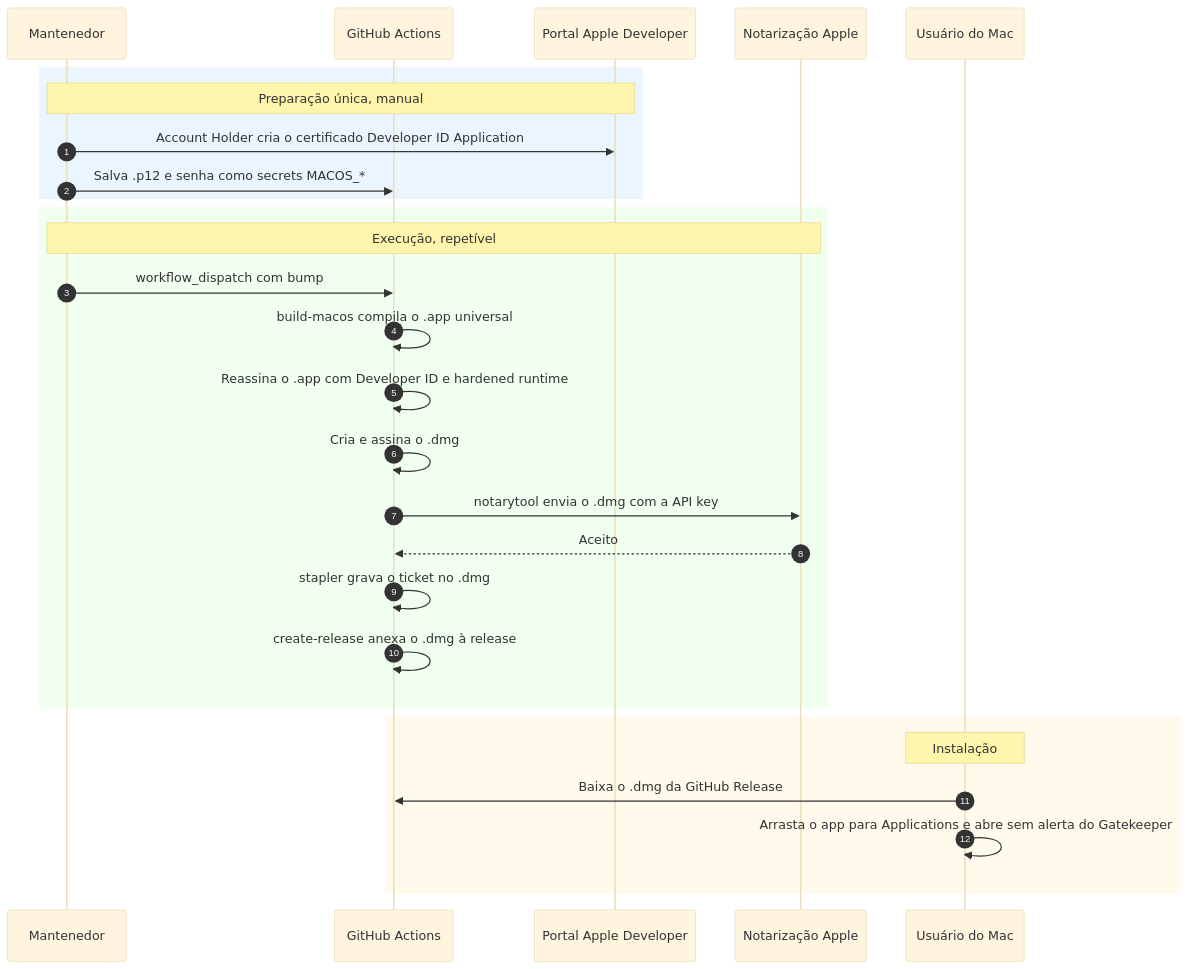
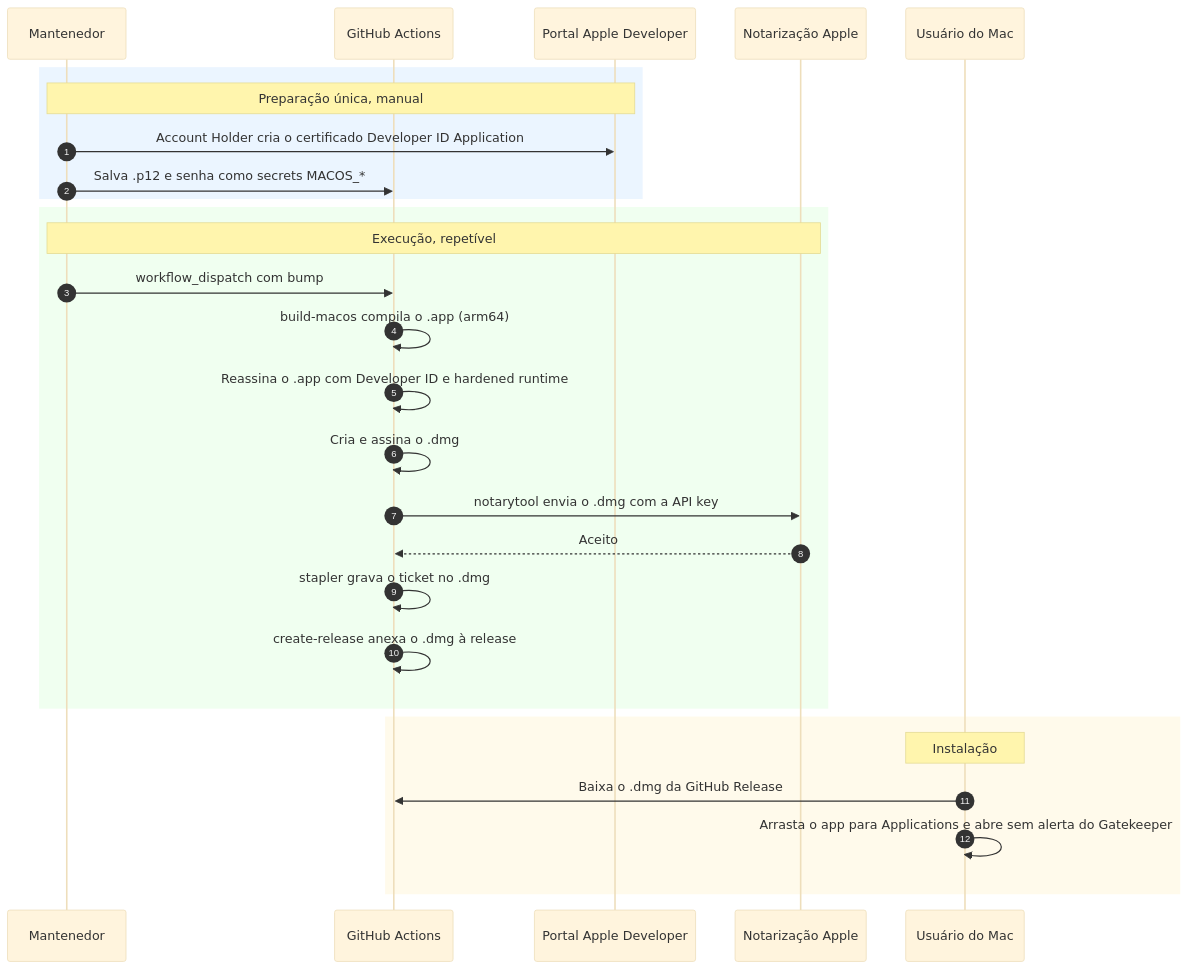
Before and after one commit to marcelofmatos/imfxtech-chat: the third of 3 diagrams in docs/MACOS_RELEASE.md, drawn with Mermaid (base theme). The commit also changed other lines of this file and 3 other files, not shown here.

````diff
--- a/docs/MACOS_RELEASE.md
+++ b/docs/MACOS_RELEASE.md
@@ -144,33 +146,33 @@
 ```mermaid
 sequenceDiagram
     autonumber
     participant M as Mantenedor
     participant GH as GitHub Actions
     participant AP as Portal Apple Developer
     participant NS as Notarização Apple
     participant U as Usuário do Mac
 
     rect rgb(235, 245, 255)
     note over M,AP: Preparação única, manual
     M->>AP: Account Holder cria o certificado Developer ID Application
     M->>GH: Salva .p12 e senha como secrets MACOS_*
     end
 
     rect rgb(240, 255, 240)
     note over M,NS: Execução, repetível
     M->>GH: workflow_dispatch com bump
-    GH->>GH: build-macos compila o .app universal
+    GH->>GH: build-macos compila o .app (arm64)
     GH->>GH: Reassina o .app com Developer ID e hardened runtime
     GH->>GH: Cria e assina o .dmg
     GH->>NS: notarytool envia o .dmg com a API key
     NS-->>GH: Aceito
     GH->>GH: stapler grava o ticket no .dmg
     GH->>GH: create-release anexa o .dmg à release
     end
 
     rect rgb(255, 250, 235)
     note over U: Instalação
     U->>GH: Baixa o .dmg da GitHub Release
     U->>U: Arrasta o app para Applications e abre sem alerta do Gatekeeper
     end
 ```
````
